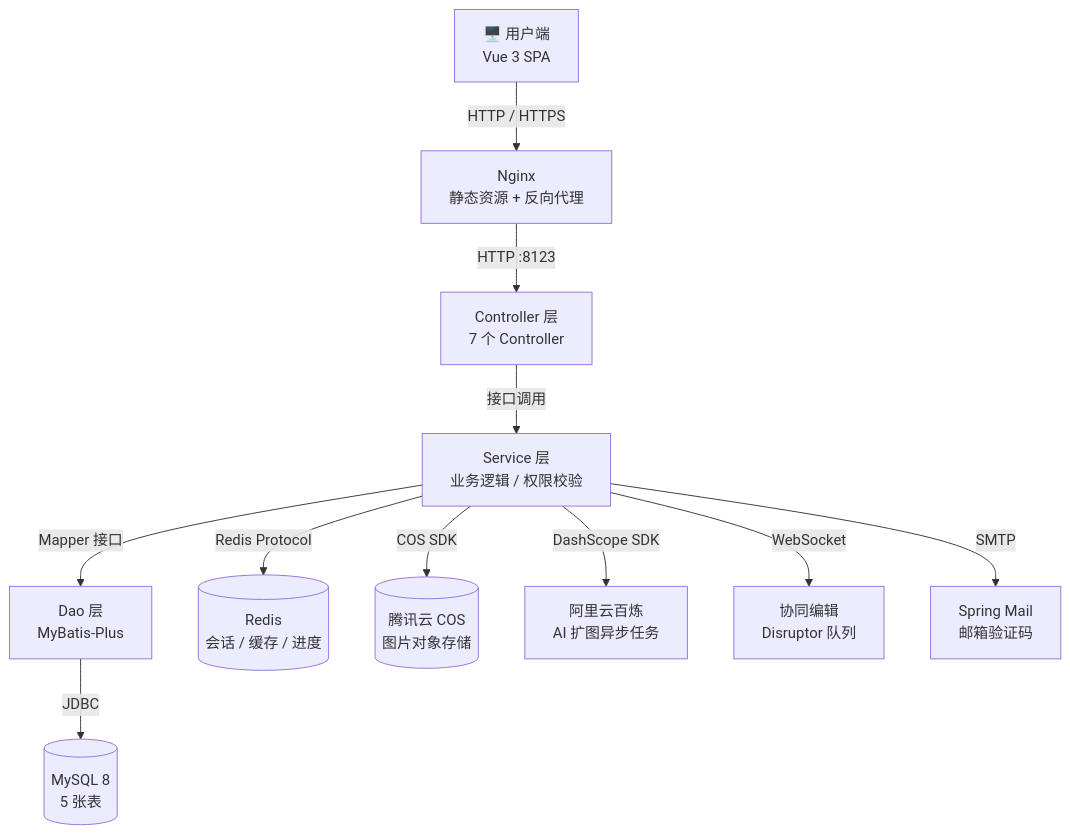
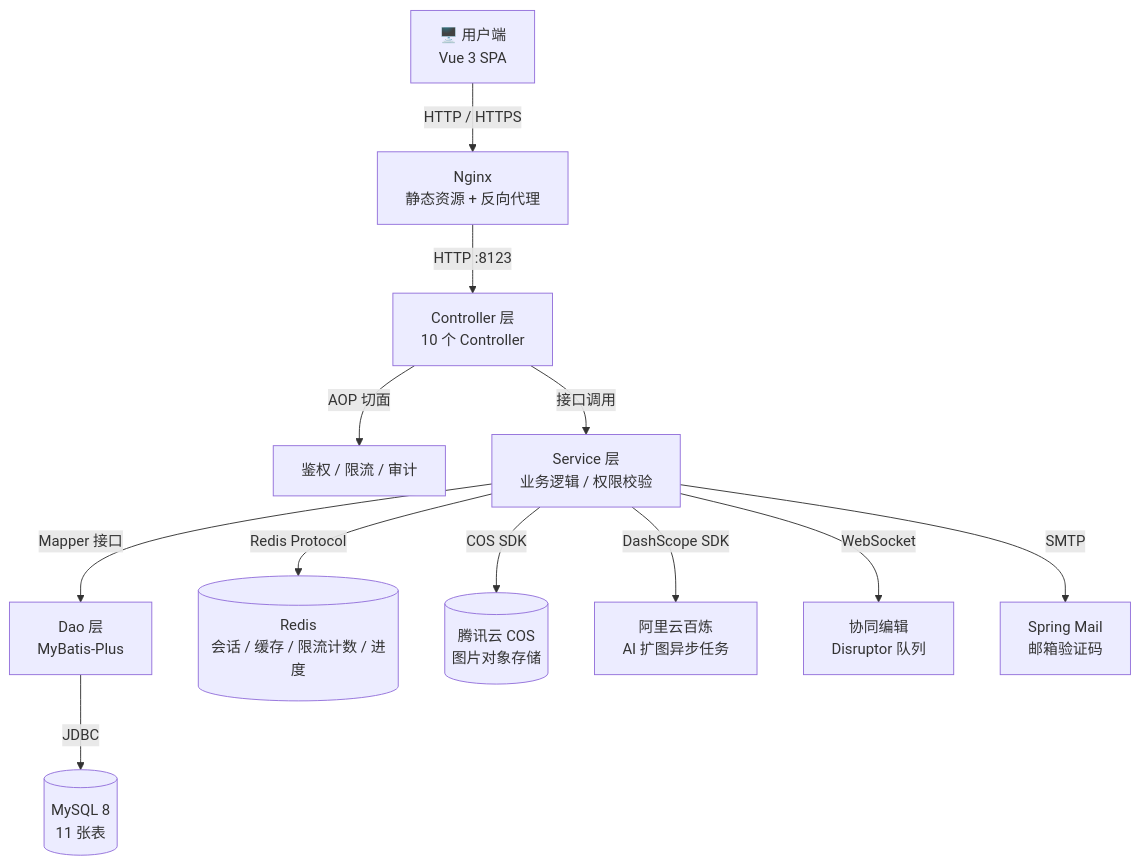
The first of 2 diagrams in README.md (HeJiaxin-bot/visu-picture), drawn with Mermaid before and after one commit. The commit also changed other lines of this file and 104 other files, not shown here.

````diff
--- a/README.md
+++ b/README.md
@@ -89,13 +110,14 @@
 ```mermaid
 graph TD
     U[🖥️ 用户端<br/>Vue 3 SPA] -->|HTTP / HTTPS| N[Nginx<br/>静态资源 + 反向代理]
-    N -->|HTTP :8123| C[Controller 层<br/>7 个 Controller]
+    N -->|HTTP :8123| C[Controller 层<br/>10 个 Controller]
+    C -->|AOP 切面| X[鉴权 / 限流 / 审计]
     C -->|接口调用| S[Service 层<br/>业务逻辑 / 权限校验]
     S -->|Mapper 接口| D[Dao 层<br/>MyBatis-Plus]
-    D -->|JDBC| DB[(MySQL 8<br/>5 张表)]
-    S -->|Redis Protocol| R[(Redis<br/>会话 / 缓存 / 进度)]
+    D -->|JDBC| DB[(MySQL 8<br/>11 张表)]
+    S -->|Redis Protocol| R[(Redis<br/>会话 / 缓存 / 限流计数 / 进度)]
     S -->|COS SDK| O[(腾讯云 COS<br/>图片对象存储)]
     S -->|DashScope SDK| A[阿里云百炼<br/>AI 扩图异步任务]
     S -->|WebSocket| W[协同编辑<br/>Disruptor 队列]
     S -->|SMTP| M[Spring Mail<br/>邮箱验证码]
 ```
````
